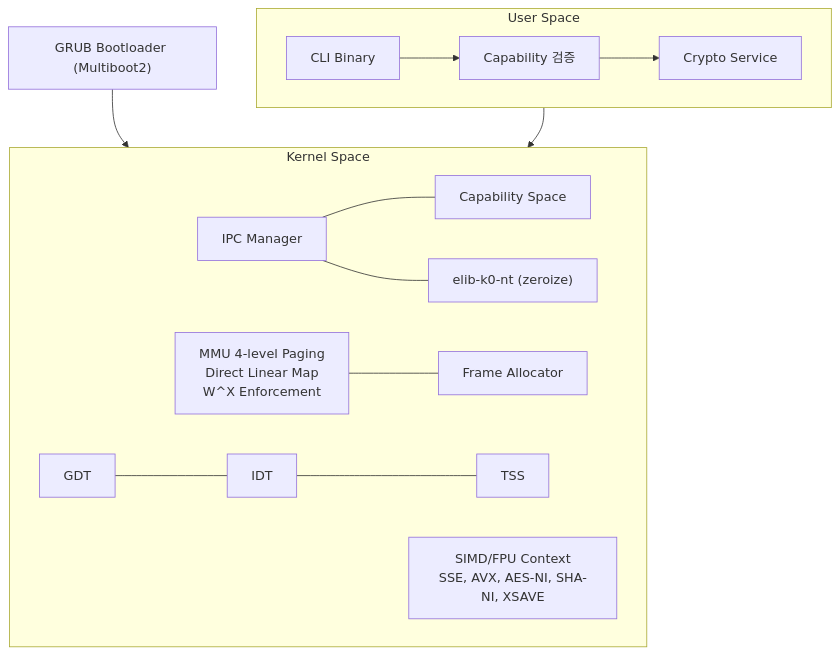
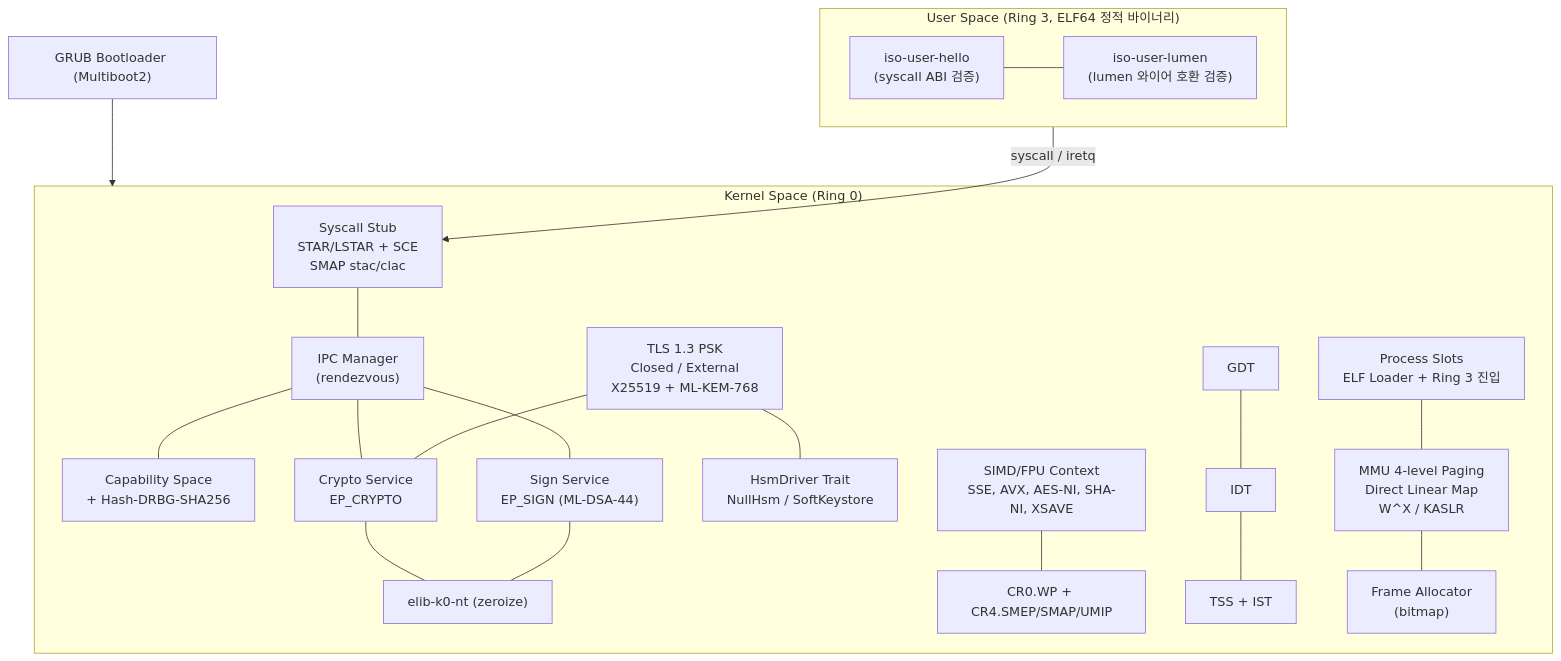
Before and after one commit to Quant-Off/iso-light-k0: the first of 4 diagrams in INTRODUCTION.md, drawn with Mermaid. The commit also changed other lines of this file and 3 other files, not shown here.

Commit message:
문서 및 메타 파일 정리 - `INTRODUCTION.md` Phase 1 반영 (HSM 추상화, TLS PSK, EP_SIGN, syscall ABI 표 보강) - `README.md`/`README_EN.md` 제목 ISO-LIGHT-K0 로 통일 - `CLAUDE.md` 중복 프로젝트 가이드 제거 (GSD 관리 섹션만 유지) - `.gitignore` `.claude/` 추가 - `.planning/PROJECT.md` Phase 1 완료 반영

````diff
--- a/INTRODUCTION.md
+++ b/INTRODUCTION.md
@@ -18,30 +20,44 @@
 ```mermaid
 flowchart TB
     GRUB["GRUB Bootloader (Multiboot2)"]
 
-    subgraph User["User Space"]
-        CLI["CLI Binary"]
-        CapV["Capability 검증"]
-        Crypto["Crypto Service"]
-        CLI --> CapV --> Crypto
+    subgraph User["User Space (Ring 3, ELF64 정적 바이너리)"]
+        Hello["iso-user-hello<br/>(syscall ABI 검증)"]
+        Lumen["iso-user-lumen<br/>(lumen 와이어 호환 검증)"]
+        Hello --- Lumen
     end
 
-    subgraph Kernel["Kernel Space"]
-        IPC["IPC Manager"]
-        CapSpace["Capability Space"]
+    subgraph Kernel["Kernel Space (Ring 0)"]
+        Syscall["Syscall Stub<br/>STAR/LSTAR + SCE<br/>SMAP stac/clac"]
+        IPC["IPC Manager<br/>(rendezvous)"]
+        CapSpace["Capability Space<br/>+ Hash-DRBG-SHA256"]
+        Crypto["Crypto Service<br/>EP_CRYPTO"]
+        Sign["Sign Service<br/>EP_SIGN (ML-DSA-44)"]
+        TLS["TLS 1.3 PSK<br/>Closed / External<br/>X25519 + ML-KEM-768"]
+        HSM["HsmDriver Trait<br/>NullHsm / SoftKeystore"]
+        Process["Process Slots<br/>ELF Loader + Ring 3 진입"]
         Zeroize["elib-k0-nt (zeroize)"]
-        MMU["MMU 4-level Paging<br/>Direct Linear Map<br/>W^X Enforcement"]
+        MMU["MMU 4-level Paging<br/>Direct Linear Map<br/>W^X / KASLR"]
         SIMD["SIMD/FPU Context<br/>SSE, AVX, AES-NI, SHA-NI, XSAVE"]
+        SecBits["CR0.WP + CR4.SMEP/SMAP/UMIP"]
         GDT["GDT"]
         IDT["IDT"]
-        TSS["TSS"]
-        Alloc["Frame Allocator"]
+        TSS["TSS + IST"]
+        Alloc["Frame Allocator<br/>(bitmap)"]
+        Syscall --- IPC
         IPC --- CapSpace
-        IPC --- Zeroize
+        IPC --- Crypto
+        IPC --- Sign
+        Crypto --- Zeroize
+        Sign --- Zeroize
+        TLS --- HSM
+        TLS --- Crypto
+        Process --- MMU
         MMU --- Alloc
+        SIMD --- SecBits
         GDT --- IDT --- TSS
     end
 
     GRUB --> Kernel
-    User --> Kernel
+    User -- "syscall / iretq" --> Syscall
 ```
````
